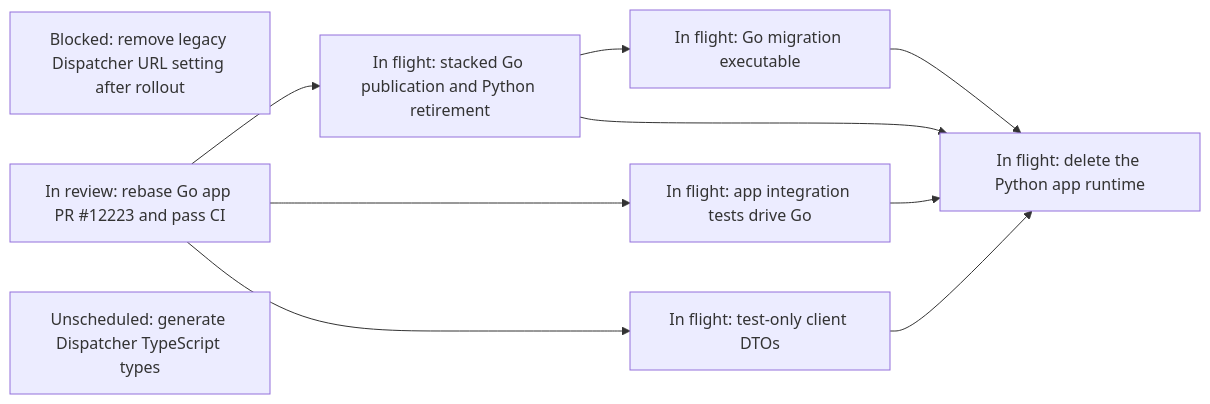
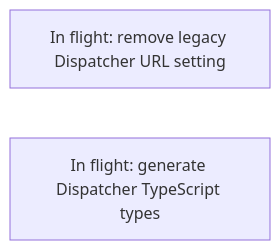
One commit to agentydragon-agent/ducktape changed diagram 17 of 18 in agentplane/plans/task_dag.md. Above: the diagram before and after it, drawn with Mermaid. The commit also changed other lines of this file and 3 other files, not shown here.

Commit message:
docs(agentplane): retire completed app cutover DAG nodes

````diff
--- a/agentplane/plans/task_dag.md
+++ b/agentplane/plans/task_dag.md
@@ -1896,13 +1874,5 @@
 ```mermaid
 flowchart LR
-    APP_DISPATCHER_HTTP_SETTING_CLEANUP[Blocked: remove legacy Dispatcher URL setting after rollout]
-    APP_GO_PORT_CATCHUP[In review: rebase Go app PR #12223 and pass CI] --> APP_GO_CUTOVER[In flight: stacked Go publication and Python retirement]
-    APP_GO_PORT_CATCHUP --> APP_GO_TEST_RETARGET[In flight: app integration tests drive Go]
-    APP_GO_PORT_CATCHUP --> APP_SYSTEM_TEST_CLIENT[In flight: test-only client DTOs]
-    APP_DISPATCHER_TS_TYPES[Unscheduled: generate Dispatcher TypeScript types]
-    APP_GO_CUTOVER --> APP_GOOSE_MIGRATIONS[In flight: Go migration executable]
-    APP_GO_CUTOVER --> APP_PYTHON_RETIRE[In flight: delete the Python app runtime]
-    APP_GO_TEST_RETARGET --> APP_PYTHON_RETIRE
-    APP_SYSTEM_TEST_CLIENT --> APP_PYTHON_RETIRE
-    APP_GOOSE_MIGRATIONS --> APP_PYTHON_RETIRE
+    APP_DISPATCHER_HTTP_SETTING_CLEANUP[In flight: remove legacy Dispatcher URL setting]
+    APP_DISPATCHER_TS_TYPES[In flight: generate Dispatcher TypeScript types]
 ```
````
